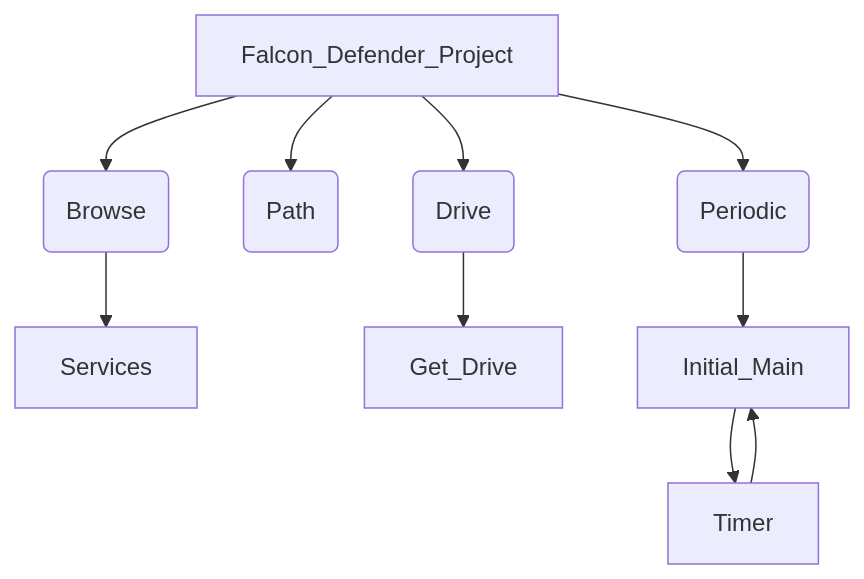
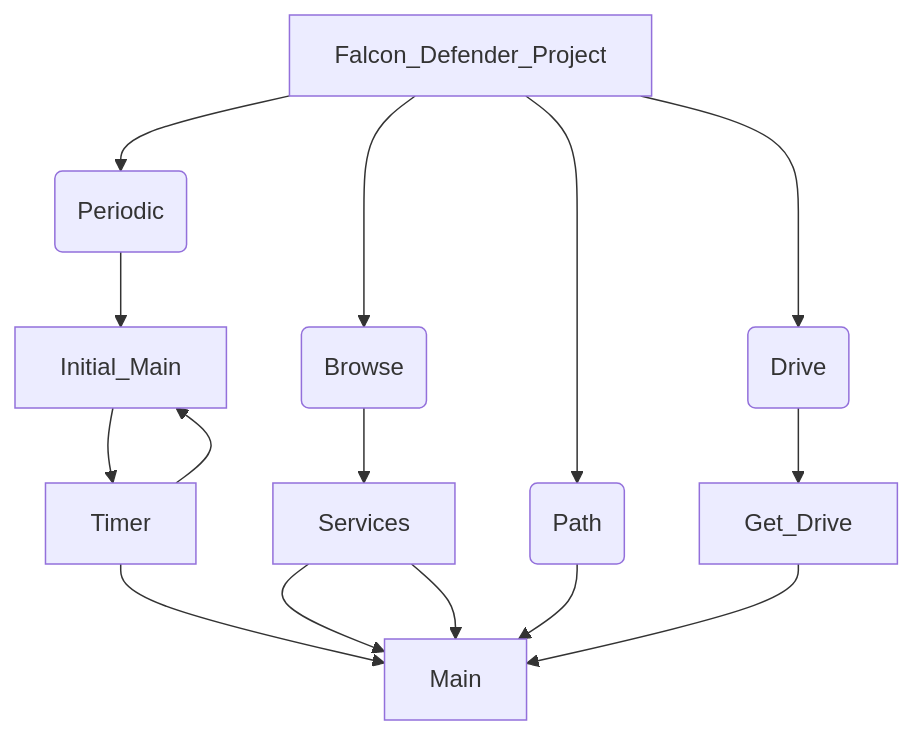
One commit to AyhamAsfoor/Falcon_Defender changed the diagram in README.md. Above: the diagram before and after it, drawn with Mermaid.

````diff
--- a/README.md
+++ b/README.md
@@ -68,12 +68,17 @@
 ```mermaid
 graph TD;
    Falcon_Defender_Project-->Service_1_(Browse);
    Service_1_(Browse)-->Services;
    Falcon_Defender_Project-->Service_2_(Path);
    Falcon_Defender_Project-->Service_3_(Drive);
    Service_3_(Drive)-->Get_Drive;
    Falcon_Defender_Project-->Service_4_(Periodic);
    Service_4_(Periodic)-->Initial_Main;
    Initial_Main-->Timer;
-   Timer-->Initial_Main
+   Timer-->Initial_Main;
+   Timer-->Main;
+   Services-->Main;
+   Services-->Main;
+   Service_2_(Path)-->Main;
+   Get_Drive-->Main;
 ```
````
